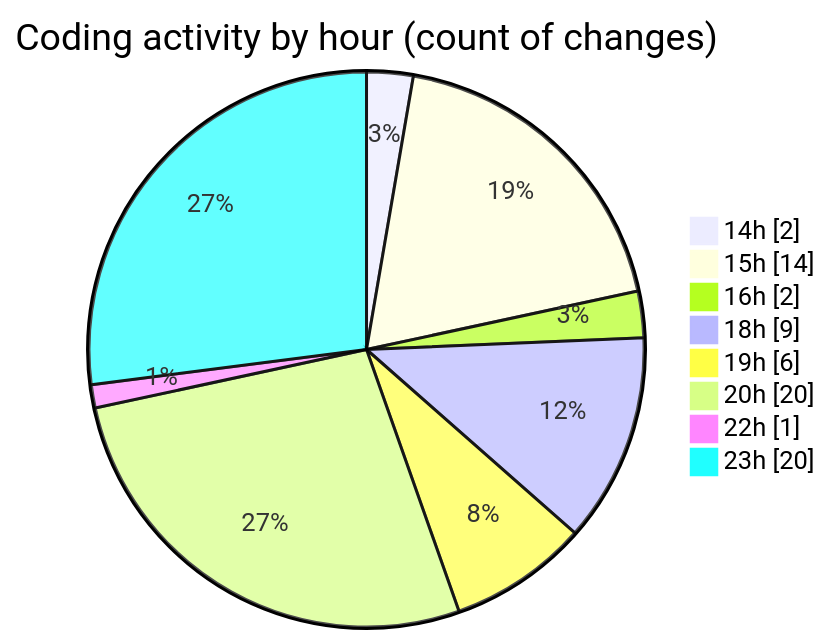
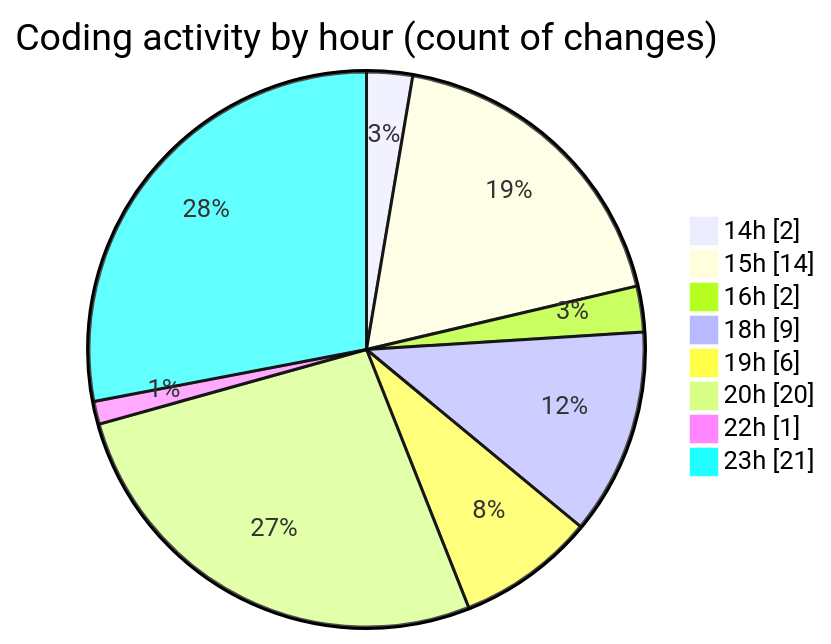
One commit to Netris89/code-tracking changed the second of 2 diagrams in 2025-03-21/back-end/README.md. Above: the diagram before and after it, drawn with Mermaid. The commit also changed other lines of this file and 1 other file, not shown here.

````diff
--- a/2025-03-21/back-end/README.md
+++ b/2025-03-21/back-end/README.md
@@ -33,12 +33,12 @@
 ```mermaid
 pie showData
 title Coding activity by hour (count of changes)
 "14h" : 2
 "15h" : 14
 "16h" : 2
 "18h" : 9
 "19h" : 6
 "20h" : 20
 "22h" : 1
-"23h" : 20
+"23h" : 21
 ```
````
